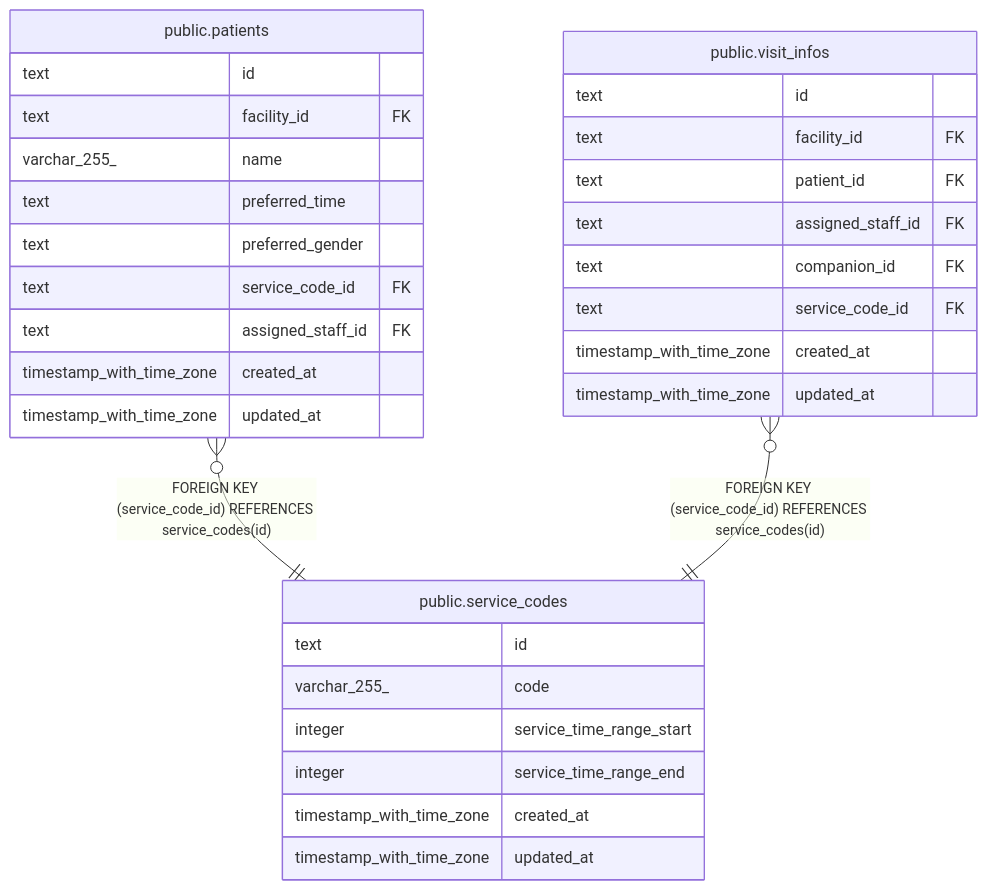
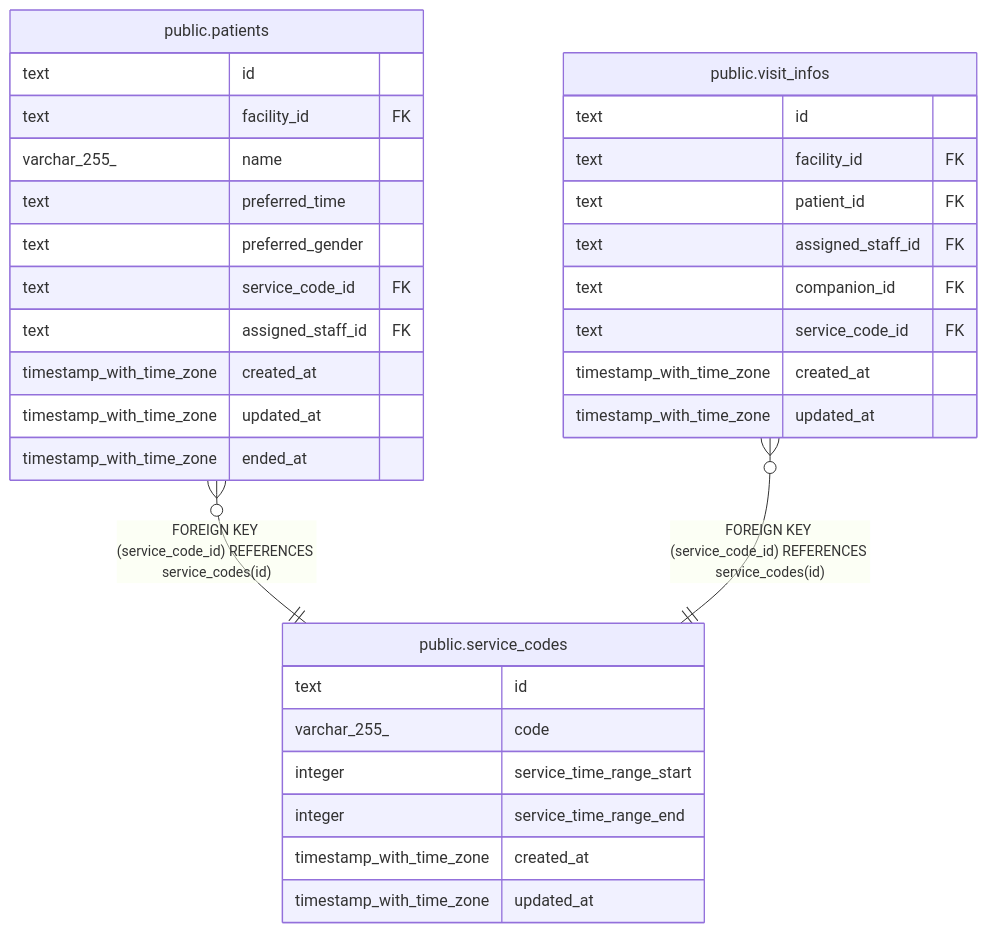
One commit to Fukuemon/buddy changed the diagram in docs/db/schedule/public.service_codes.md. Above: the diagram before and after it, drawn with Mermaid. The commit also changed 9 other files, not shown here.

````diff
--- a/docs/db/schedule/public.service_codes.md
+++ b/docs/db/schedule/public.service_codes.md
@@ -55,36 +55,37 @@
 ```mermaid
 erDiagram
 
 "public.patients" }o--|| "public.service_codes" : "FOREIGN KEY (service_code_id) REFERENCES service_codes(id)"
 "public.visit_infos" }o--|| "public.service_codes" : "FOREIGN KEY (service_code_id) REFERENCES service_codes(id)"
 
 "public.service_codes" {
   text id
   varchar_255_ code
   integer service_time_range_start
   integer service_time_range_end
   timestamp_with_time_zone created_at
   timestamp_with_time_zone updated_at
 }
 "public.patients" {
   text id
   text facility_id FK
   varchar_255_ name
   text preferred_time
   text preferred_gender
   text service_code_id FK
   text assigned_staff_id FK
   timestamp_with_time_zone created_at
   timestamp_with_time_zone updated_at
+  timestamp_with_time_zone ended_at
 }
 "public.visit_infos" {
   text id
   text facility_id FK
   text patient_id FK
   text assigned_staff_id FK
   text companion_id FK
   text service_code_id FK
   timestamp_with_time_zone created_at
   timestamp_with_time_zone updated_at
 }
 ```
````
